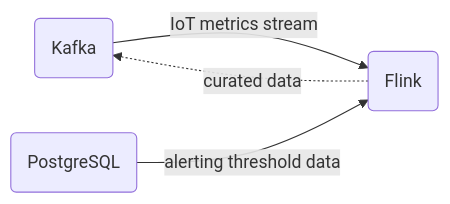
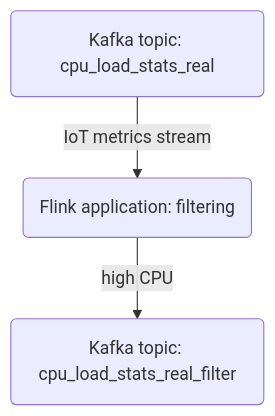
Before and after one commit to aiven/devportal: the second of 5 diagrams in docs/tutorials/anomaly-detection.rst, drawn with Mermaid. The commit also changed other lines of this file and 9 other files, not shown here.

```diff
--- a/docs/tutorials/anomaly-detection.rst
+++ b/docs/tutorials/anomaly-detection.rst
@@ -63,7 +244,6 @@
 .. mermaid::
 
-    graph LR;
+    graph TD;
 
-        id1(Kafka)-- IoT metrics stream -->id3(Flink);
-        id2(PostgreSQL)-- alerting threshold data -->id3;
-        id3-. curated data .->id1(Kafka);
+        id1(Kafka topic: cpu_load_stats_real)-- IoT metrics stream -->id2(Flink application: filtering);
+        id2-- high CPU -->id3(Kafka topic: cpu_load_stats_real_filter);
```
